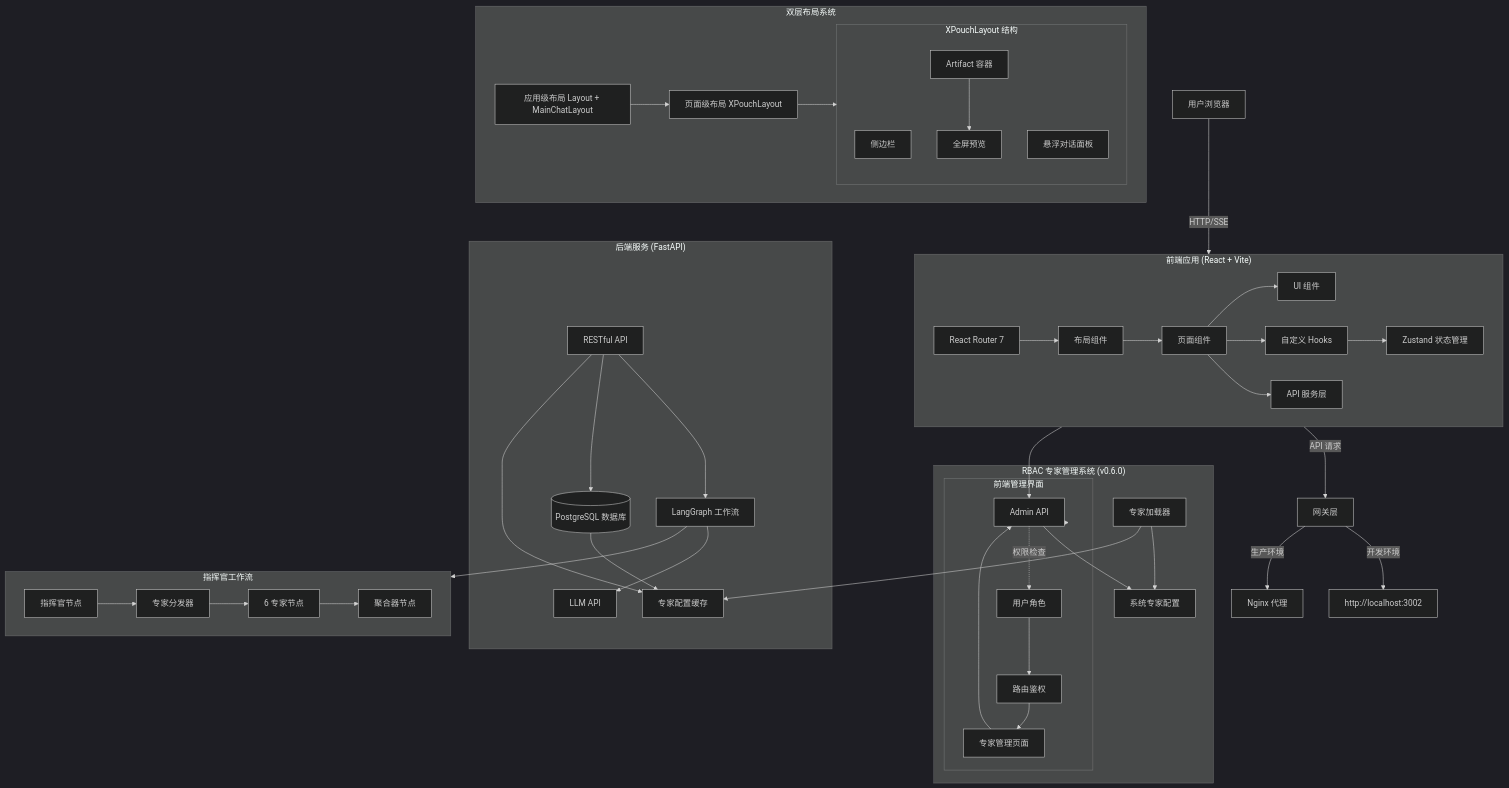
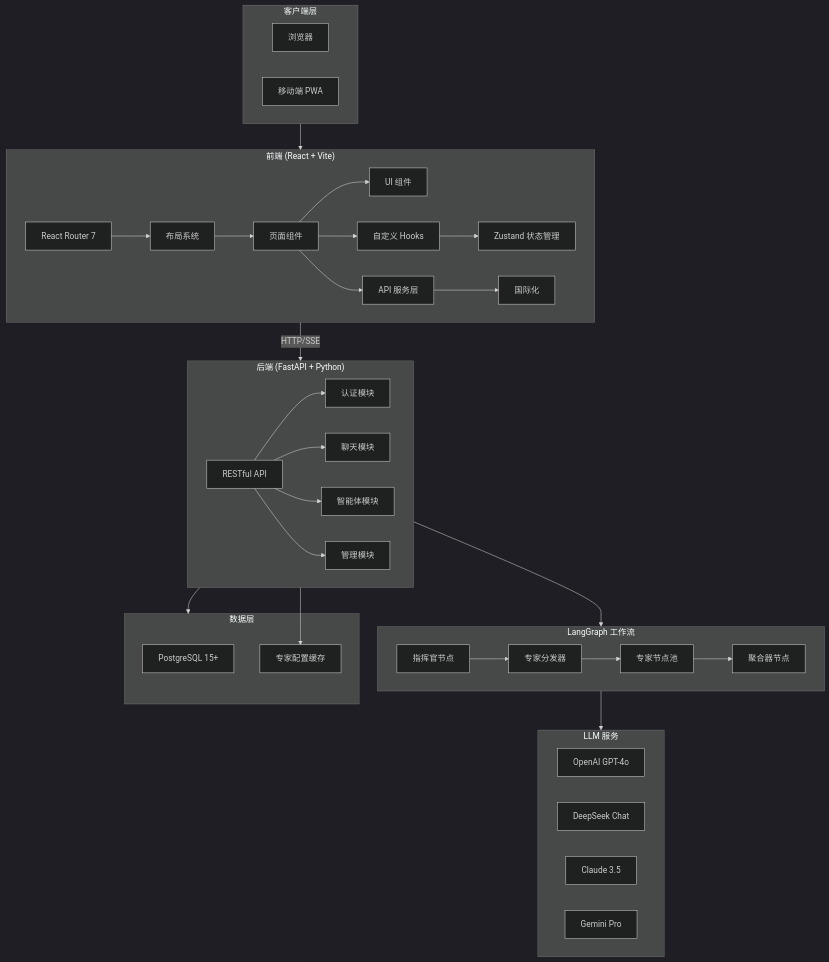
One commit to alex1987chn/xpouch-ai changed the diagram in README.md. Above: the diagram before and after it, drawn with Mermaid (dark theme). The commit also changed other lines of this file and 1 other file, not shown here.

````diff
--- a/README.md
+++ b/README.md
@@ -217,15 +128,19 @@
 ```mermaid
-graph TD
-    User[用户浏览器] -->|HTTP/SSE| Frontend[React 前端]
+graph TB
+    subgraph Client["客户端层"]
+        Browser["浏览器"]
+        Mobile["移动端 PWA"]
+    end
 
-    subgraph Frontend["前端应用 (React + Vite)"]
-        Router[React Router 7]
-        Layouts[布局组件]
-        Pages[页面组件]
-        Components[UI 组件]
-        Store[Zustand 状态管理]
-        Hooks[自定义 Hooks]
-        Services[API 服务层]
+    subgraph Frontend["前端 (React + Vite)"]
+        Router["React Router 7"]
+        Layouts["布局系统"]
+        Pages["页面组件"]
+        Components["UI 组件"]
+        Store["Zustand 状态管理"]
+        Hooks["自定义 Hooks"]
+        Services["API 服务层"]
+        I18n["国际化"]
 
         Router --> Layouts
         Layouts --> Pages
@@ -233,79 +148,49 @@
         Pages --> Hooks
         Hooks --> Store
         Pages --> Services
+        Services --> I18n
     end
 
-    subgraph LayoutSystem["双层布局系统"]
-        AppLayout[应用级布局 Layout + MainChatLayout]
-        PageLayout[页面级布局 XPouchLayout]
+    subgraph Backend["后端 (FastAPI + Python)"]
+        API["RESTful API"]
+        Auth["认证模块"]
+        Chat["聊天模块"]
+        Agents["智能体模块"]
+        Admin["管理模块"]
 
-        AppLayout --> PageLayout
-
-        subgraph PageLayoutContent["XPouchLayout 结构"]
-            Sidebar[侧边栏]
-            Artifact[Artifact 容器]
-            ChatPanel[悬浮对话面板]
-            Fullscreen[全屏预览]
-
-            Artifact --> Fullscreen
-        end
-
-        PageLayout --> PageLayoutContent
+        API --> Auth
+        API --> Chat
+        API --> Agents
+        API --> Admin
     end
 
-    Frontend -->|API 请求| Gateway[网关层]
-    Gateway -->|开发环境| BackendDev[http://localhost:3002]
-    Gateway -->|生产环境| BackendProd[Nginx 代理]
-
-    subgraph Backend["后端服务 (FastAPI)"]
-        API[RESTful API]
-        Graph[LangGraph 工作流]
-        DB[(PostgreSQL 数据库)]
-        LLM[LLM API]
-        ExpertCache[专家配置缓存]
-
-        API --> Graph
-        API --> DB
-        Graph --> LLM
-        API --> ExpertCache
-        DB --> ExpertCache
-    end
-
-    subgraph RBACSystem["RBAC 专家管理系统 (v0.6.0)"]
-        AdminAPI[Admin API]
-        ExpertLoader[专家加载器]
-        SystemExpertDB[系统专家配置]
-
-        AdminAPI --> SystemExpertDB
-        ExpertLoader --> SystemExpertDB
-        ExpertLoader --> ExpertCache
-
-        AdminAPI -.权限检查.-> UserRoles[用户角色]
-
-        subgraph FrontendAdmin["前端管理界面"]
-            ExpertAdminPage[专家管理页面]
-            AdminRoute[路由鉴权]
-
-            ExpertAdminPage --> AdminAPI
-            AdminRoute --> ExpertAdminPage
-            UserRoles --> AdminRoute
-        end
-
-        FrontendAdmin --> AdminAPI
-    end
-
-    Frontend --> AdminAPI
-
-    subgraph CommanderWorkflow["指挥官工作流"]
-        Commander[指挥官节点]
-        Dispatcher[专家分发器]
-        Aggregator[聚合器节点]
-        Experts[6 专家节点]
+    subgraph LangGraph["LangGraph 工作流"]
+        Commander["指挥官节点"]
+        Dispatcher["专家分发器"]
+        Experts["专家节点池"]
+        Aggregator["聚合器节点"]
 
         Commander --> Dispatcher
         Dispatcher --> Experts
         Experts --> Aggregator
     end
 
-    Graph --> CommanderWorkflow
+    subgraph Database["数据层"]
+        PostgreSQL["PostgreSQL 15+"]
+        Cache["专家配置缓存"]
+    end
+
+    subgraph LLM["LLM 服务"]
+        OpenAI["OpenAI GPT-4o"]
+        DeepSeek["DeepSeek Chat"]
+        Anthropic["Claude 3.5"]
+        Google["Gemini Pro"]
+    end
+
+    Client --> Frontend
+    Frontend --> |HTTP/SSE| Backend
+    Backend --> LangGraph
+    LangGraph --> LLM
+    Backend --> Database
+    Backend --> Cache
 ```
````
